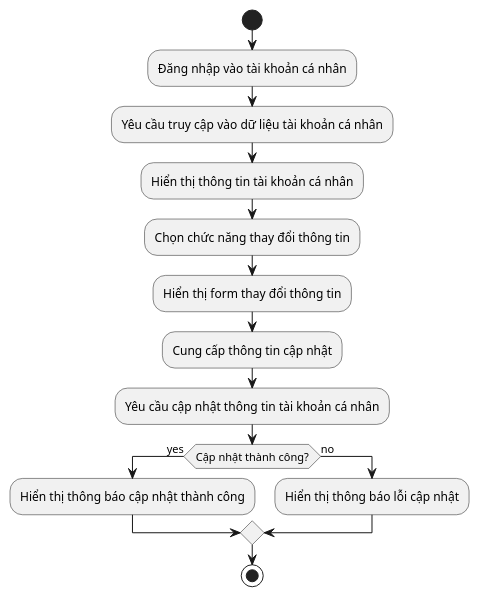
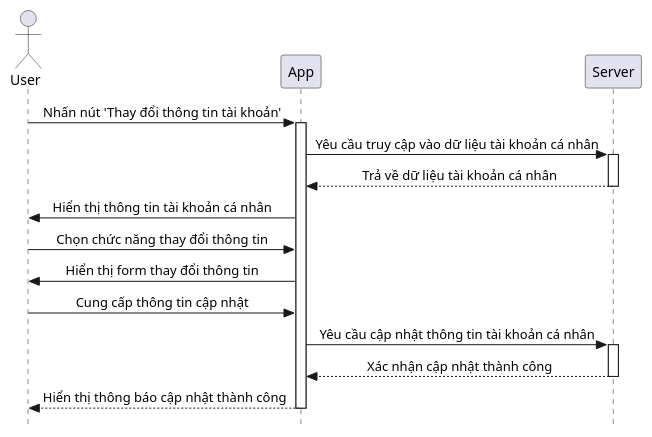
The diagram in Lab1/Lab1.2/Change Account Infomation/ChangeAccInf_Seq.pu (HiimDucManh/SE357-Pratice-class), drawn with PlantUML before and after one commit. The commit also changed 6 other files, not shown here.

```diff
--- a/Lab1/Lab1.2/Change Account Infomation/ChangeAccInf_Seq.pu
+++ b/Lab1/Lab1.2/Change Account Infomation/ChangeAccInf_Seq.pu
@@ -1,16 +1,25 @@
 @startuml
-start
-:Đăng nhập vào tài khoản cá nhân;
-:Yêu cầu truy cập vào dữ liệu tài khoản cá nhân;
-:Hiển thị thông tin tài khoản cá nhân;
-:Chọn chức năng thay đổi thông tin;
-:Hiển thị form thay đổi thông tin;
-:Cung cấp thông tin cập nhật;
-:Yêu cầu cập nhật thông tin tài khoản cá nhân;
-if (Cập nhật thành công?) then (yes)
-  :Hiển thị thông báo cập nhật thành công;
-else (no)
-  :Hiển thị thông báo lỗi cập nhật;
-endif
-stop
+skinparam style strictuml
+skinparam SequenceMessageAlignment center
+
+actor User
+participant App
+participant Server
+
+User -> App: Nhấn nút 'Thay đổi thông tin tài khoản'
+activate App
+App -> Server: Yêu cầu truy cập vào dữ liệu tài khoản cá nhân
+activate Server
+Server --> App: Trả về dữ liệu tài khoản cá nhân
+deactivate Server
+App -> User: Hiển thị thông tin tài khoản cá nhân
+User -> App: Chọn chức năng thay đổi thông tin
+App -> User: Hiển thị form thay đổi thông tin
+User -> App: Cung cấp thông tin cập nhật
+App -> Server: Yêu cầu cập nhật thông tin tài khoản cá nhân
+activate Server
+Server --> App: Xác nhận cập nhật thành công
+deactivate Server
+App --> User: Hiển thị thông báo cập nhật thành công
+deactivate App
 @enduml
```
